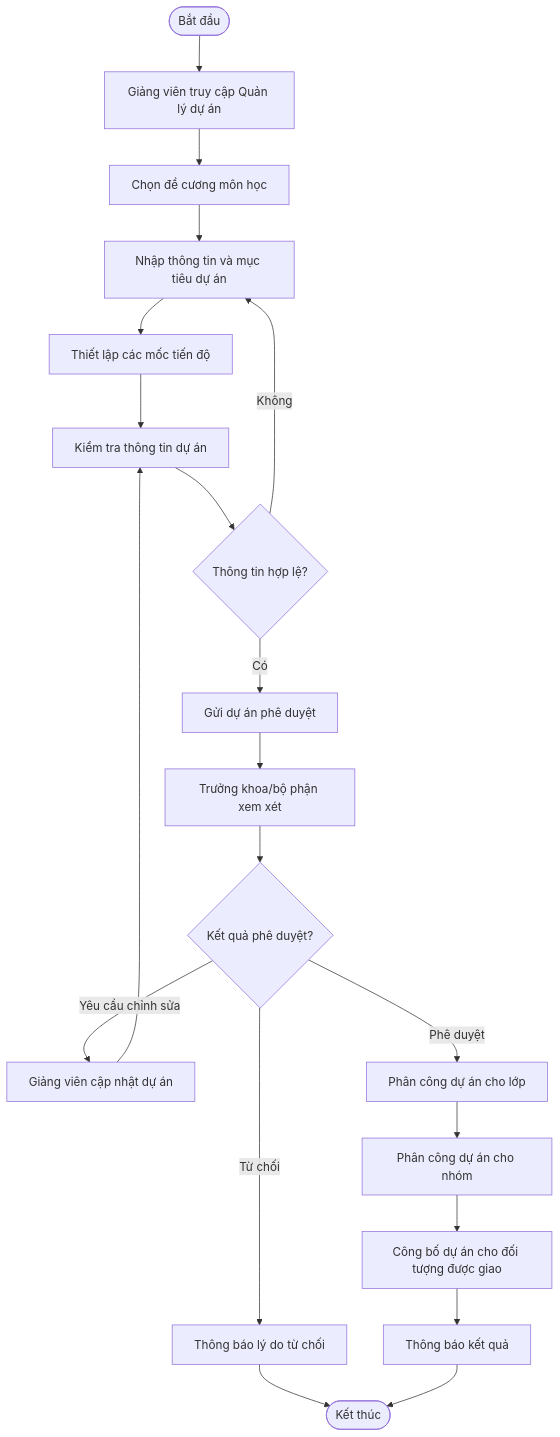
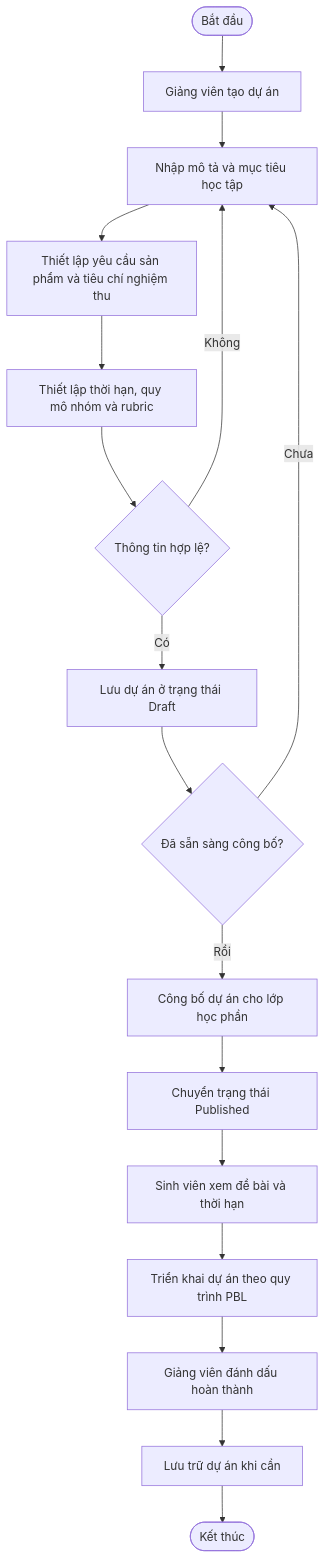
Before and after one commit to nguyenminhthien140906-dot/CNPM: the diagram in docs/FE04-project-management.md, drawn with Mermaid. The commit also changed other lines of this file, not shown here.

````diff
--- a/docs/FE04-project-management.md
+++ b/docs/FE04-project-management.md
@@ -86,27 +102,19 @@
 ```mermaid
 flowchart TD
-    A([Bắt đầu]) --> B[Giảng viên truy cập Quản lý dự án]
-    B --> C[Chọn đề cương môn học]
-    C --> D[Nhập thông tin và mục tiêu dự án]
-    D --> E[Thiết lập các mốc tiến độ]
-    E --> F[Kiểm tra thông tin dự án]
-    F --> G{Thông tin hợp lệ?}
-
-    G -->|Không| D
-    G -->|Có| H[Gửi dự án phê duyệt]
-
-    H --> I[Trưởng khoa/bộ phận xem xét]
-    I --> J{Kết quả phê duyệt?}
-
-    J -->|Yêu cầu chỉnh sửa| K[Giảng viên cập nhật dự án]
-    K --> F
-
-    J -->|Từ chối| L[Thông báo lý do từ chối]
-    L --> M([Kết thúc])
-
-    J -->|Phê duyệt| N[Phân công dự án cho lớp]
-    N --> O[Phân công dự án cho nhóm]
-    O --> P[Công bố dự án cho đối tượng được giao]
-    P --> Q[Thông báo kết quả]
-    Q --> M
+    A([Bắt đầu]) --> B[Giảng viên tạo dự án]
+    B --> C[Nhập mô tả và mục tiêu học tập]
+    C --> D[Thiết lập yêu cầu sản phẩm và tiêu chí nghiệm thu]
+    D --> E[Thiết lập thời hạn, quy mô nhóm và rubric]
+    E --> F{Thông tin hợp lệ?}
+    F -->|Không| C
+    F -->|Có| G[Lưu dự án ở trạng thái Draft]
+    G --> H{Đã sẵn sàng công bố?}
+    H -->|Chưa| C
+    H -->|Rồi| I[Công bố dự án cho lớp học phần]
+    I --> J[Chuyển trạng thái Published]
+    J --> K[Sinh viên xem đề bài và thời hạn]
+    K --> L[Triển khai dự án theo quy trình PBL]
+    L --> M[Giảng viên đánh dấu hoàn thành]
+    M --> N[Lưu trữ dự án khi cần]
+    N --> O([Kết thúc])
 ```
````
